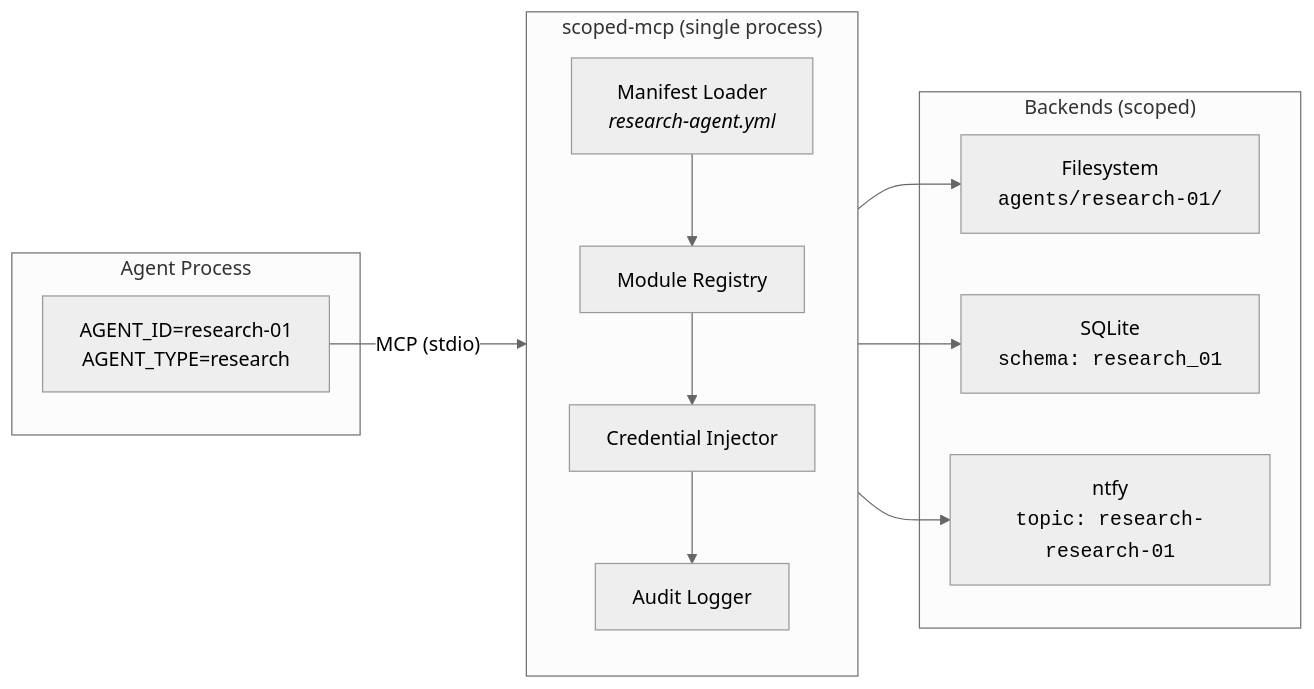
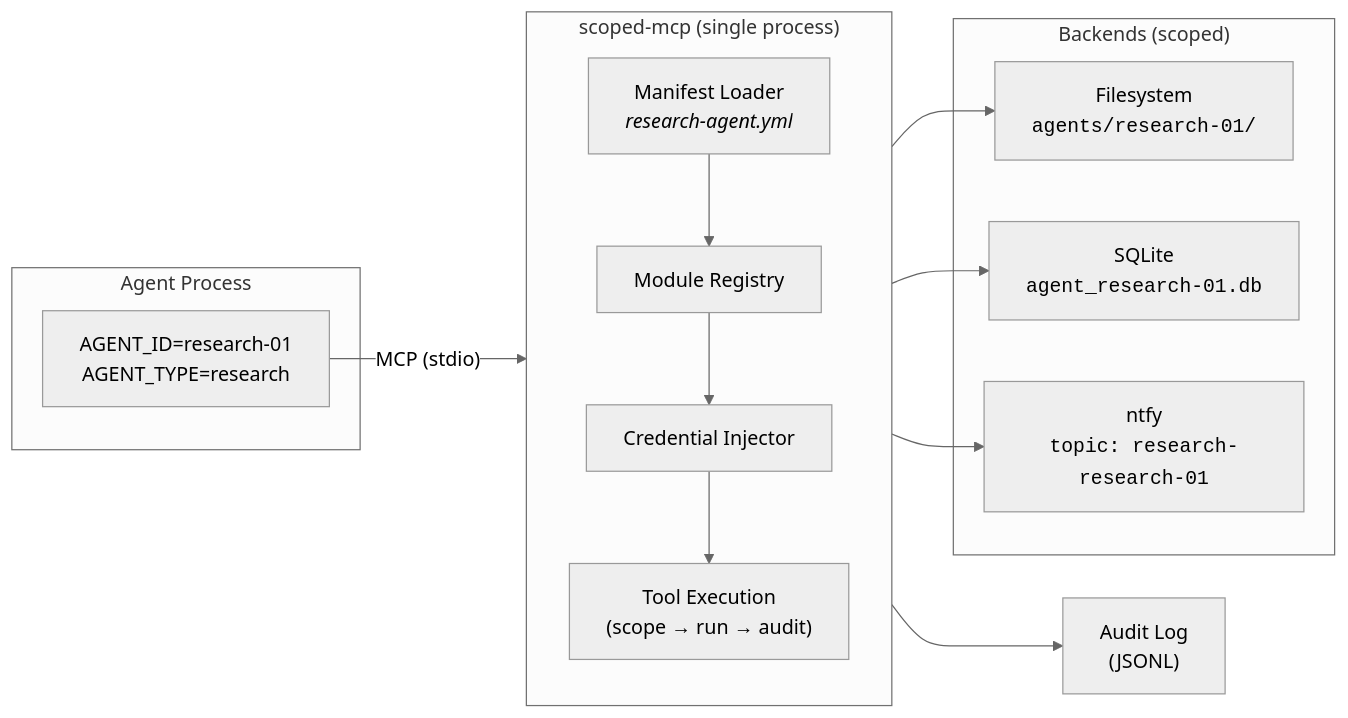
Before and after one commit to TadMSTR/scoped-mcp: the first of 2 diagrams in README.md, drawn with Mermaid (neutral theme). The commit also changed other lines of this file and 3 other files, not shown here.

First line of the commit message:
docs: update README and diagrams for v1.2.2

````diff
--- a/README.md
+++ b/README.md
@@ -57,29 +57,32 @@
 ```mermaid
 flowchart LR
     subgraph agent["Agent Process"]
         A["AGENT_ID=research-01<br/>AGENT_TYPE=research"]
     end
 
     subgraph proxy["scoped-mcp (single process)"]
         direction TB
         M["Manifest Loader<br/><i>research-agent.yml</i>"]
         R["Module Registry"]
         C["Credential Injector"]
-        AU["Audit Logger"]
+        EX["Tool Execution<br/>(scope → run → audit)"]
 
         M --> R
         R --> C
-        C --> AU
+        C --> EX
     end
 
     subgraph backends["Backends (scoped)"]
         FS["Filesystem<br/><code>agents/research-01/</code>"]
-        DB["SQLite<br/><code>schema: research_01</code>"]
+        DB["SQLite<br/><code>agent_research-01.db</code>"]
         NT["ntfy<br/><code>topic: research-research-01</code>"]
     end
 
+    ALOG["Audit Log<br/>(JSONL)"]
+
     A -- "MCP (stdio)" --> proxy
-    AU --> FS
-    AU --> DB
-    AU --> NT
+    EX --> FS
+    EX --> DB
+    EX --> NT
+    EX --> ALOG
 ```
````
